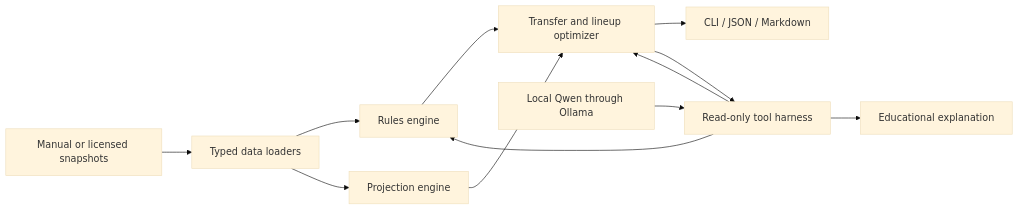
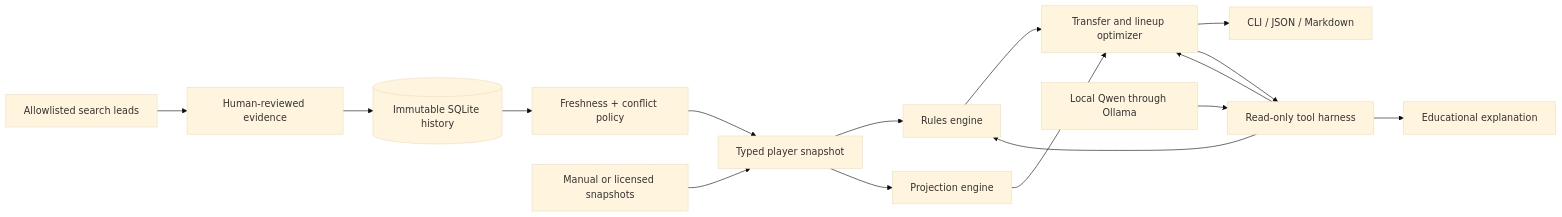
Before and after one commit to Dipeshtripathi13/FPL_Agent: the diagram in README.md, drawn with Mermaid (base theme). The commit also changed other lines of this file and 26 other files, not shown here.

````diff
--- a/README.md
+++ b/README.md
@@ -74,14 +93,18 @@
 ```mermaid
 flowchart LR
-    U[Manual or licensed snapshots] --> D[Typed data loaders]
+    W[Allowlisted search leads] --> M[Human-reviewed evidence]
+    M --> E[(Immutable SQLite history)]
+    E --> F[Freshness + conflict policy]
+    F --> D[Typed player snapshot]
+    U[Manual or licensed snapshots] --> D
     D --> R[Rules engine]
     D --> P[Projection engine]
     R --> O[Transfer and lineup optimizer]
     P --> O
     O --> C[CLI / JSON / Markdown]
     Q[Local Qwen through Ollama] --> H[Read-only tool harness]
     H --> R
     H --> O
     O --> H
-    H --> E[Educational explanation]
+    H --> EX[Educational explanation]
 ```
````
